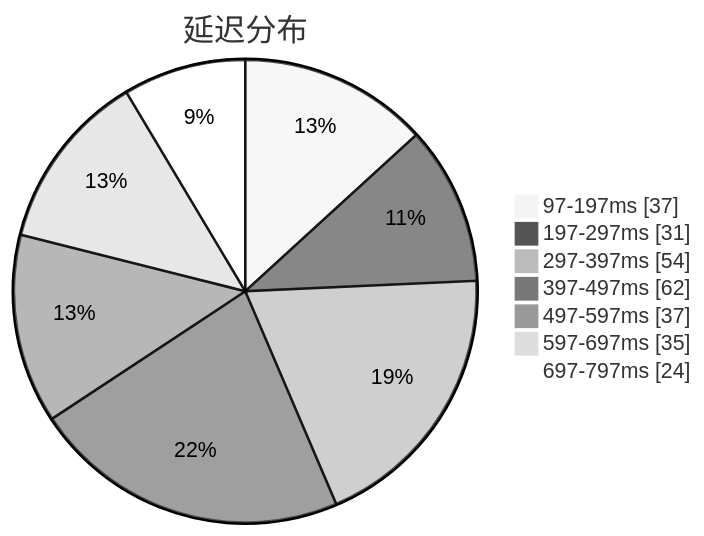
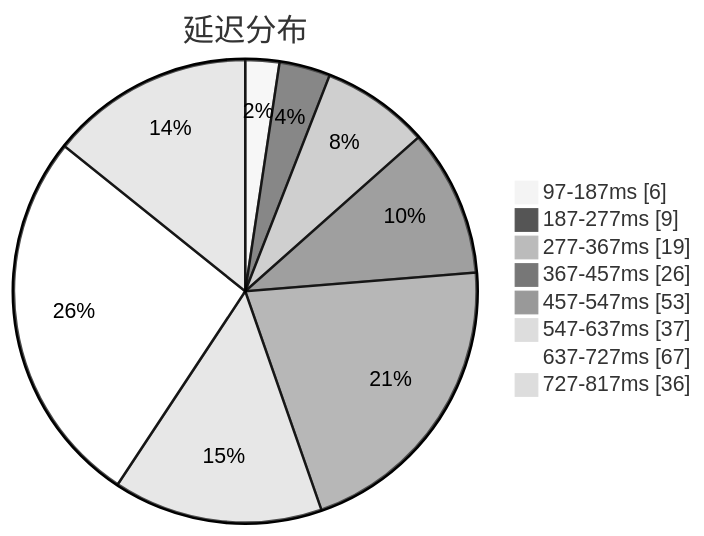
Before and after one commit to sinspired/airport: the first of 3 diagrams in subs/statistics/tested_within.md, drawn with Mermaid (neutral theme). The commit also changed other lines of this file and 2 other files, not shown here.

````diff
--- a/subs/statistics/tested_within.md
+++ b/subs/statistics/tested_within.md
@@ -2,11 +2,12 @@
 ```mermaid
 pie showData
 title 延迟分布
-"97-197ms" : 37
-"197-297ms" : 31
-"297-397ms" : 54
-"397-497ms" : 62
-"497-597ms" : 37
-"597-697ms" : 35
-"697-797ms" : 24
+"97-187ms" : 6
+"187-277ms" : 9
+"277-367ms" : 19
+"367-457ms" : 26
+"457-547ms" : 53
+"547-637ms" : 37
+"637-727ms" : 67
+"727-817ms" : 36
 ```
````
